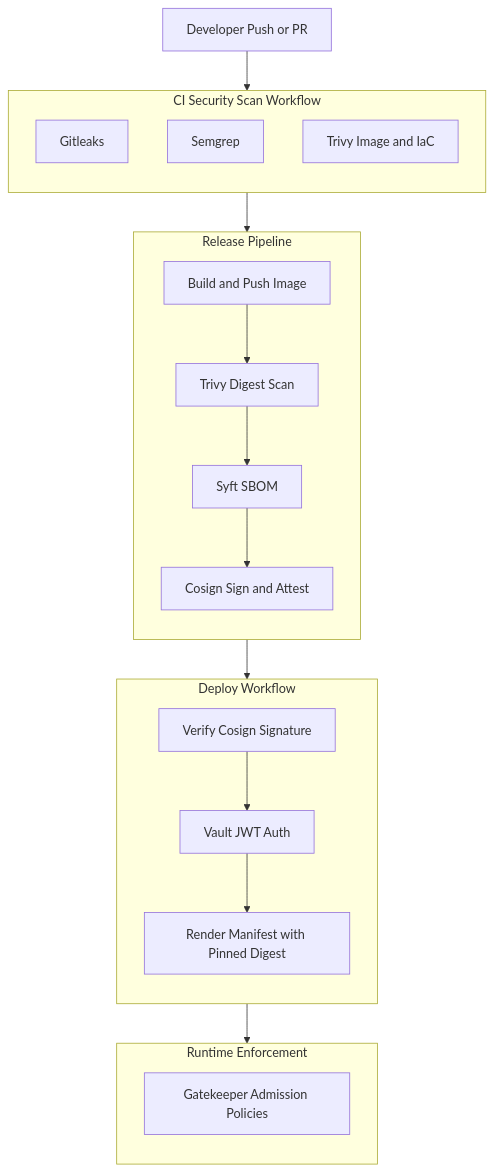
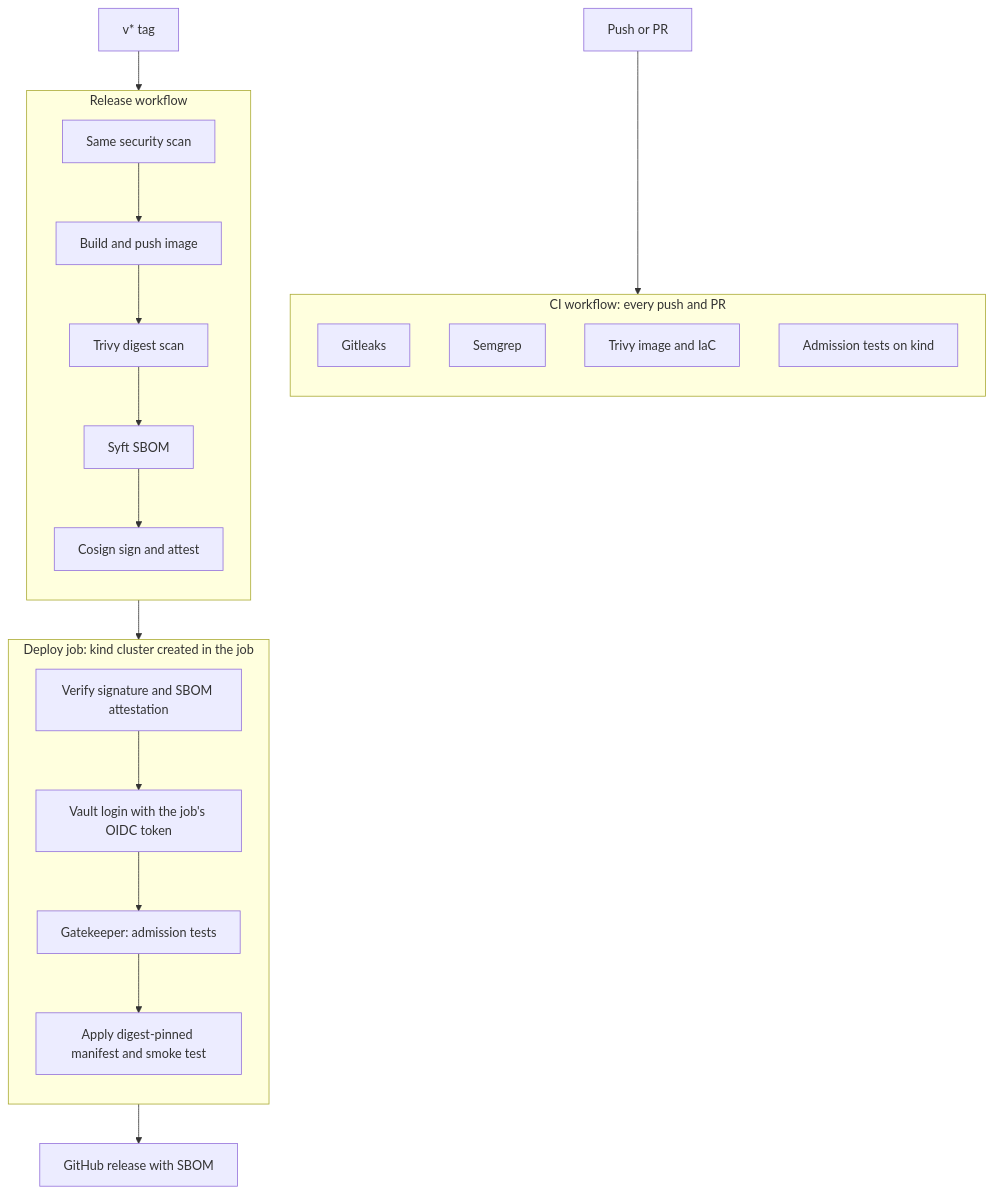
The diagram in README.md (Ignatius-Kevin-Wijaya/devsecops-hardened-pipeline), drawn with Mermaid before and after one commit. The commit also changed other lines of this file and 5 other files, not shown here.

First line of the commit message:
docs: record the kind-in-CI deploy target and update ADRs

````diff
--- a/README.md
+++ b/README.md
@@ -7,39 +7,34 @@
 ```mermaid
 flowchart TD
-    Dev[Developer Push or PR] --> CI
+    Dev[Push or PR] --> CI
+    Tag[v* tag] --> Release
 
-    subgraph CI[CI Security Scan Workflow]
+    subgraph CI[CI workflow: every push and PR]
         direction TB
         GL[Gitleaks]
         SG[Semgrep]
-        TI[Trivy Image and IaC]
+        TI[Trivy image and IaC]
+        AT[Admission tests on kind]
     end
 
-    CI --> Release
-
-    subgraph Release[Release Pipeline]
+    subgraph Release[Release workflow]
         direction TB
-        BP[Build and Push Image]
-        TD[Trivy Digest Scan]
-        SBOM[Syft SBOM]
-        CS[Cosign Sign and Attest]
-        BP --> TD --> SBOM --> CS
+        Scan[Same security scan] --> BP[Build and push image]
+        BP --> TD[Trivy digest scan]
+        TD --> SBOM[Syft SBOM]
+        SBOM --> CS[Cosign sign and attest]
     end
 
-    Release --> Deploy
+    CS --> Deploy
 
-    subgraph Deploy[Deploy Workflow]
+    subgraph Deploy[Deploy job: kind cluster created in the job]
         direction TB
-        Verify[Verify Cosign Signature]
-        Vault[Vault JWT Auth]
-        Render[Render Manifest with Pinned Digest]
-        Verify --> Vault --> Render
+        Verify[Verify signature and SBOM attestation]
+        Vault[Vault login with the job's OIDC token]
+        GK[Gatekeeper: admission tests]
+        Apply[Apply digest-pinned manifest and smoke test]
+        Verify --> Vault --> GK --> Apply
     end
 
-    Deploy --> Cluster
-
-    subgraph Cluster[Runtime Enforcement]
-        direction TB
-        Gatekeeper[Gatekeeper Admission Policies]
-    end
+    Apply --> GHR[GitHub release with SBOM]
 ```
````
